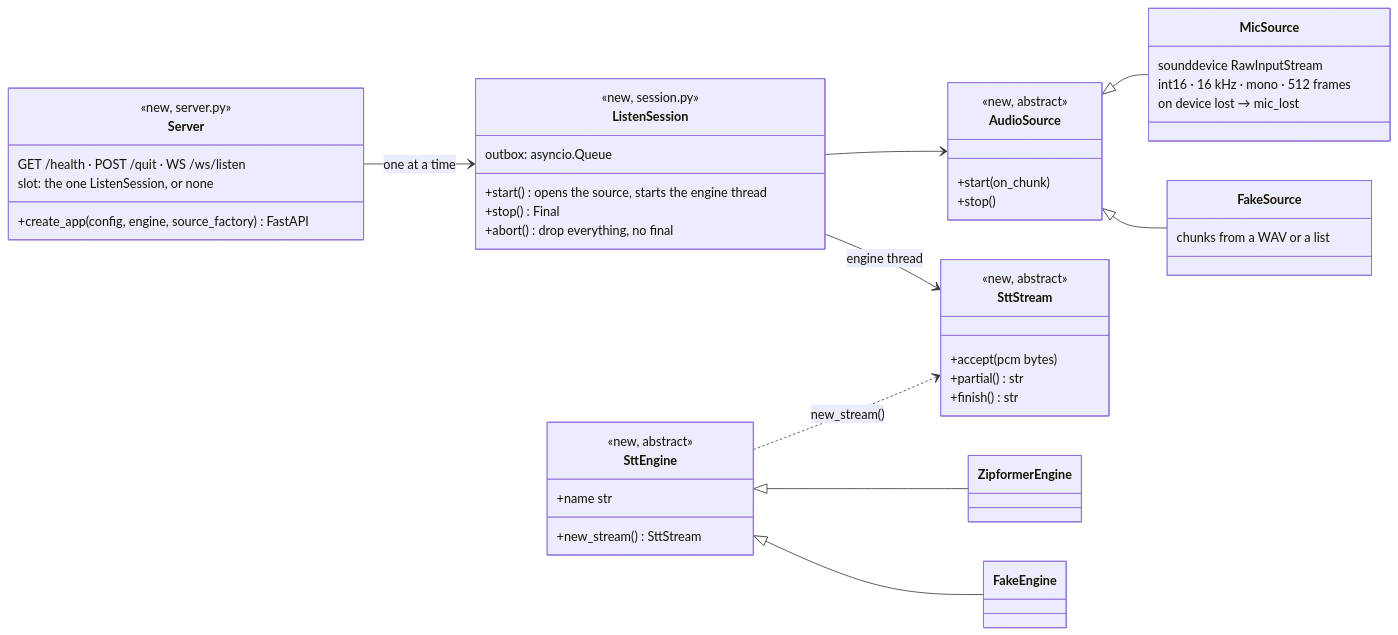
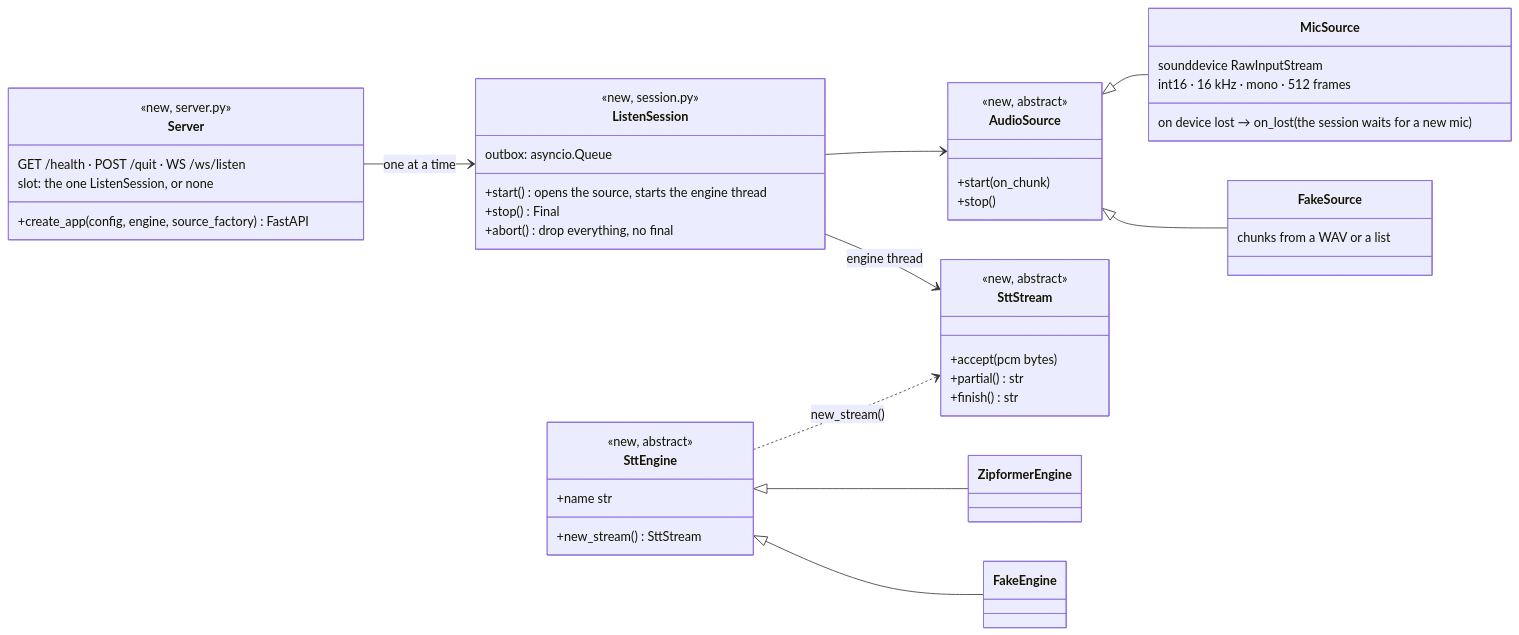
One commit to sharramon/AI_Assistant changed the third of 4 diagrams in docs/architecture/voice.md. Above: the diagram before and after it, drawn with Mermaid. The commit also changed other lines of this file and 33 other files, not shown here.

````diff
--- a/docs/architecture/voice.md
+++ b/docs/architecture/voice.md
@@ -157,51 +171,51 @@
 ```mermaid
 classDiagram
     direction LR
     class Server {
         <<new, server.py>>
         +create_app(config, engine, source_factory) FastAPI
         GET /health · POST /quit · WS /ws/listen
         slot: the one ListenSession, or none
     }
     class ListenSession {
         <<new, session.py>>
         +start() opens the source, starts the engine thread
         +stop() Final
         +abort() drop everything, no final
         outbox: asyncio.Queue
     }
     class AudioSource {
         <<new, abstract>>
         +start(on_chunk)
         +stop()
     }
     class MicSource {
         sounddevice RawInputStream
         int16 · 16 kHz · mono · 512 frames
-        on device lost → mic_lost
+        on device lost → on_lost (the session waits for a new mic)
     }
     class FakeSource {
         chunks from a WAV or a list
     }
     class SttEngine {
         <<new, abstract>>
         +name str
         +new_stream() SttStream
     }
     class SttStream {
         <<new, abstract>>
         +accept(pcm bytes)
         +partial() str
         +finish() str
     }
     class ZipformerEngine
     class FakeEngine
     Server --> ListenSession : one at a time
     ListenSession --> AudioSource
     ListenSession --> SttStream : engine thread
     AudioSource <|-- MicSource
     AudioSource <|-- FakeSource
     SttEngine <|-- ZipformerEngine
     SttEngine <|-- FakeEngine
     SttEngine ..> SttStream : new_stream()
 ```
````
